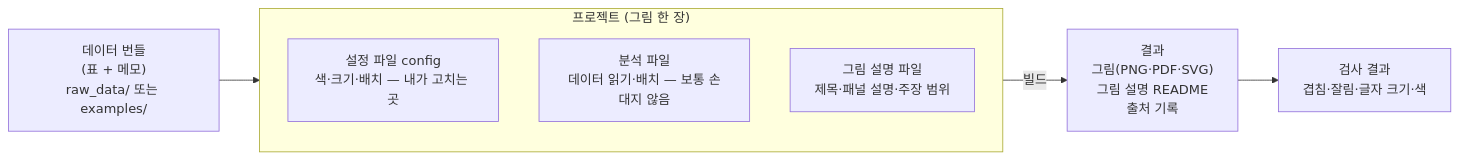
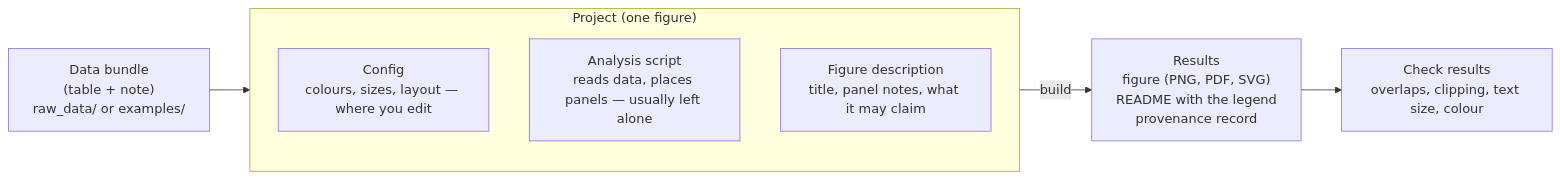
The diagram in docs/guide/02-overview.md (ibs-CMG-NGS/fig-atlas), drawn with Mermaid before and after one commit. The commit also changed other lines of this file and 8 other files, not shown here.

````diff
--- a/docs/guide/02-overview.md
+++ b/docs/guide/02-overview.md
@@ -15,11 +15,11 @@
 ```mermaid
 flowchart LR
-    B["데이터 번들<br/>(표 + 메모)<br/>raw_data/ 또는 examples/"] --> P
-    subgraph P["프로젝트 (그림 한 장)"]
-        C["설정 파일 config<br/>색·크기·배치 — 내가 고치는 곳"]
-        A["분석 파일<br/>데이터 읽기·배치 — 보통 손대지 않음"]
-        S["그림 설명 파일<br/>제목·패널 설명·주장 범위"]
+    B["Data bundle<br/>(table + note)<br/>raw_data/ or examples/"] --> P
+    subgraph P["Project (one figure)"]
+        C["Config<br/>colours, sizes, layout — where you edit"]
+        A["Analysis script<br/>reads data, places panels — usually left alone"]
+        S["Figure description<br/>title, panel notes, what it may claim"]
     end
-    P -->|빌드| R["결과<br/>그림(PNG·PDF·SVG)<br/>그림 설명 README<br/>출처 기록"]
-    R --> K["검사 결과<br/>겹침·잘림·글자 크기·색"]
+    P -->|build| R["Results<br/>figure (PNG, PDF, SVG)<br/>README with the legend<br/>provenance record"]
+    R --> K["Check results<br/>overlaps, clipping, text size, colour"]
 ```
````
